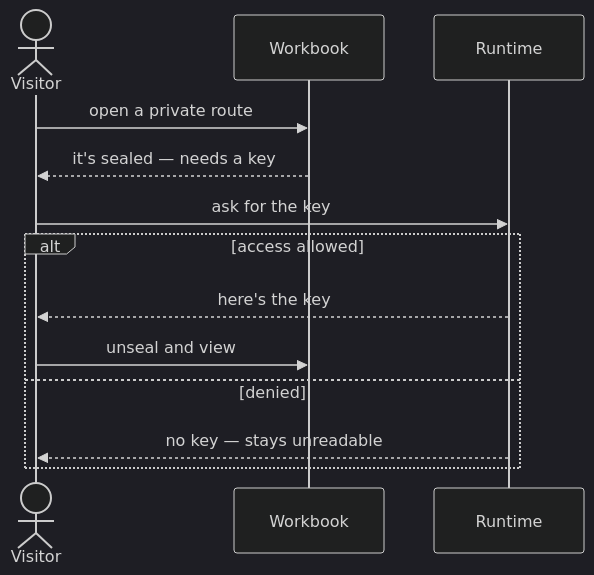
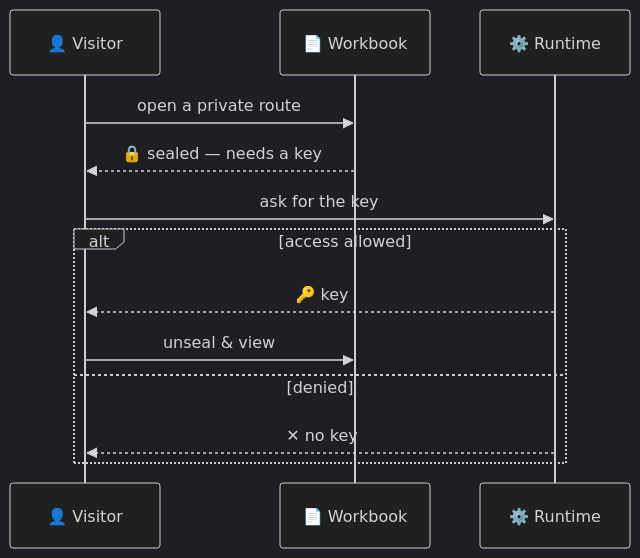
One commit to workbooks-sh/workbooks.sh changed the fourth of 4 diagrams in README.md. Above: the diagram before and after it, drawn with Mermaid (dark theme). The commit also changed other lines of this file, not shown here.

Commit message:
docs(readme): clean up How-it-works sequences — drop stick figures, add emoji icons, tighten

````diff
--- a/README.md
+++ b/README.md
@@ -145,16 +146,16 @@
 ```mermaid
 sequenceDiagram
-    actor Visitor
-    participant Workbook
-    participant Runtime
+    participant Visitor as 👤 Visitor
+    participant Workbook as 📄 Workbook
+    participant Runtime as ⚙️ Runtime
 
     Visitor->>Workbook: open a private route
-    Workbook-->>Visitor: it's sealed — needs a key
+    Workbook-->>Visitor: 🔒 sealed — needs a key
     Visitor->>Runtime: ask for the key
     alt access allowed
-        Runtime-->>Visitor: here's the key
-        Visitor->>Workbook: unseal and view
+        Runtime-->>Visitor: 🔑 key
+        Visitor->>Workbook: unseal & view
     else denied
-        Runtime-->>Visitor: no key — stays unreadable
+        Runtime-->>Visitor: ✕ no key
     end
 ```
````
